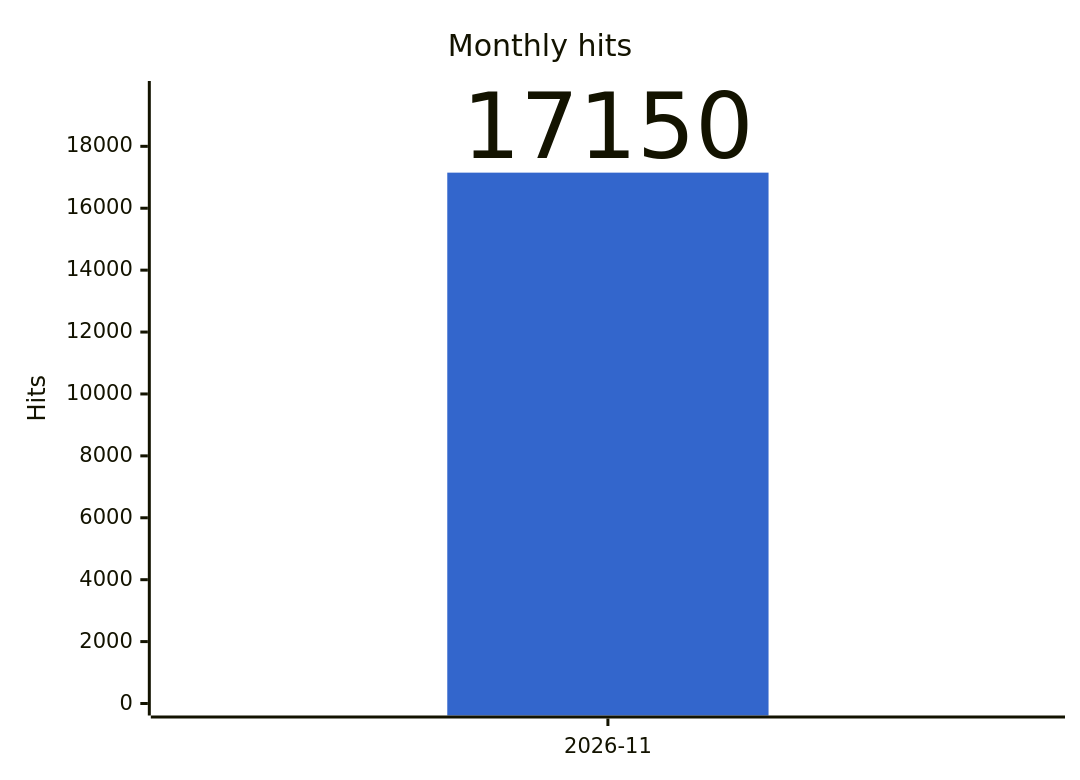
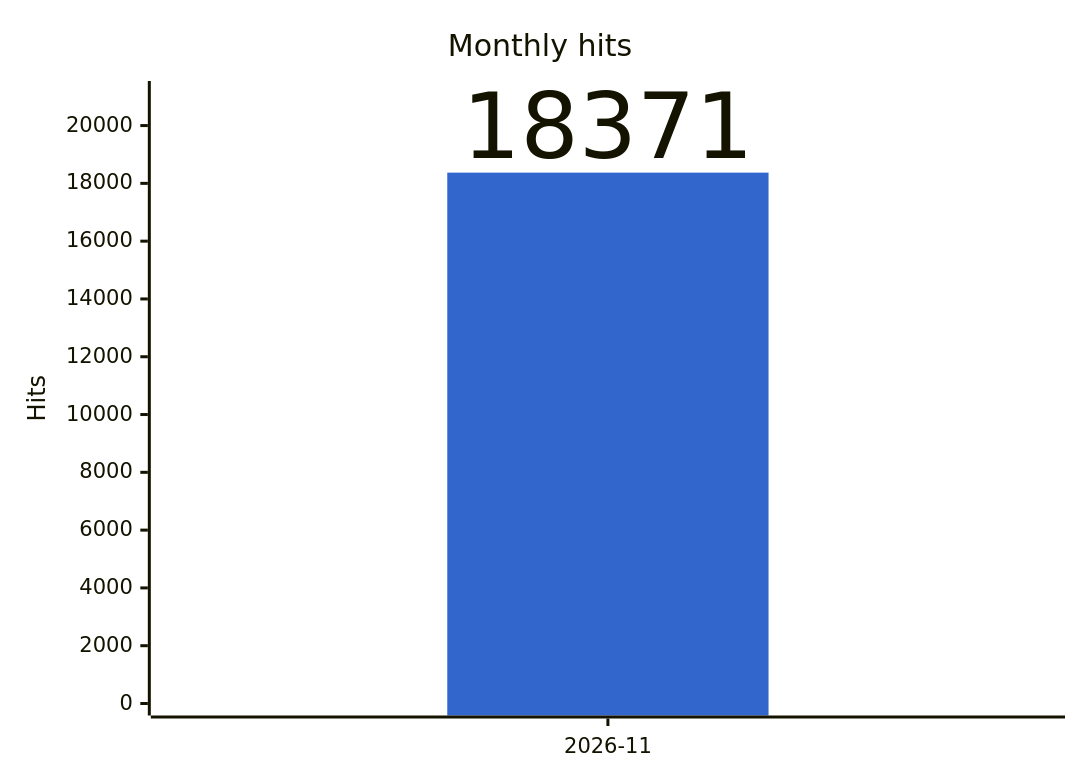
One commit to gmoulard/wikipedia2book changed the fourth of 4 diagrams in docs/stats.md. Above: the diagram before and after it, drawn with Mermaid. The commit also changed other lines of this file and 3 other files, not shown here.

````diff
--- a/docs/stats.md
+++ b/docs/stats.md
@@ -54,8 +54,8 @@
 ```mermaid
 %%{init: {"xyChart": {"width": 700, "showDataLabel": true, "showDataLabelOutsideBar": true}, "themeVariables": {"xyChart": {"plotColorPalette": "#3366cc"}}}}%%
 xychart-beta
     title "Monthly hits"
     x-axis ["2026-11"]
-    y-axis "Hits" 0 --> 19723
-    bar [17150]
+    y-axis "Hits" 0 --> 21127
+    bar [18371]
 ```
````
